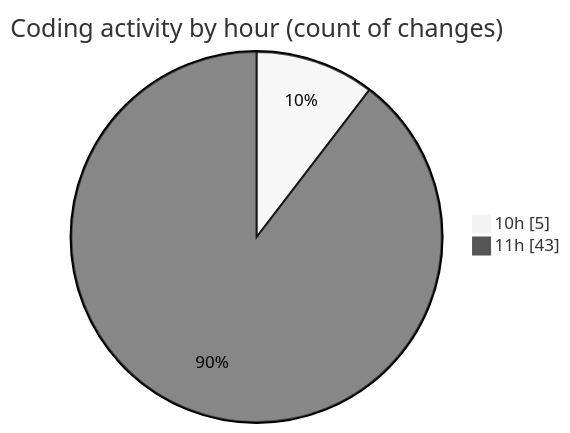
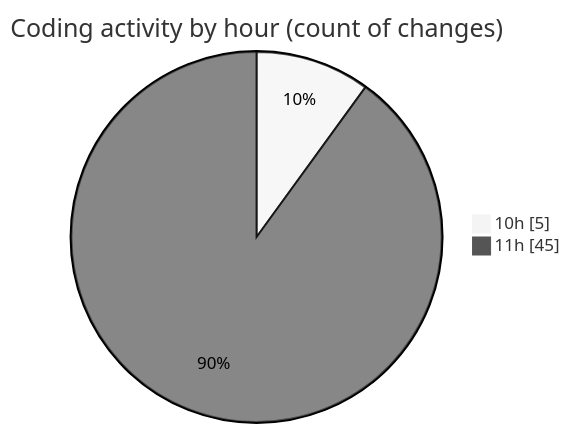
Before and after one commit to momahboobian/code-tracking: the second of 2 diagrams in 2025-06-17/cda/README.md, drawn with Mermaid (neutral theme). The commit also changed other lines of this file and 1 other file, not shown here.

````diff
--- a/2025-06-17/cda/README.md
+++ b/2025-06-17/cda/README.md
@@ -29,6 +29,6 @@
 ```mermaid
 pie showData
 title Coding activity by hour (count of changes)
 "10h" : 5
-"11h" : 43
+"11h" : 45
 ```
````
